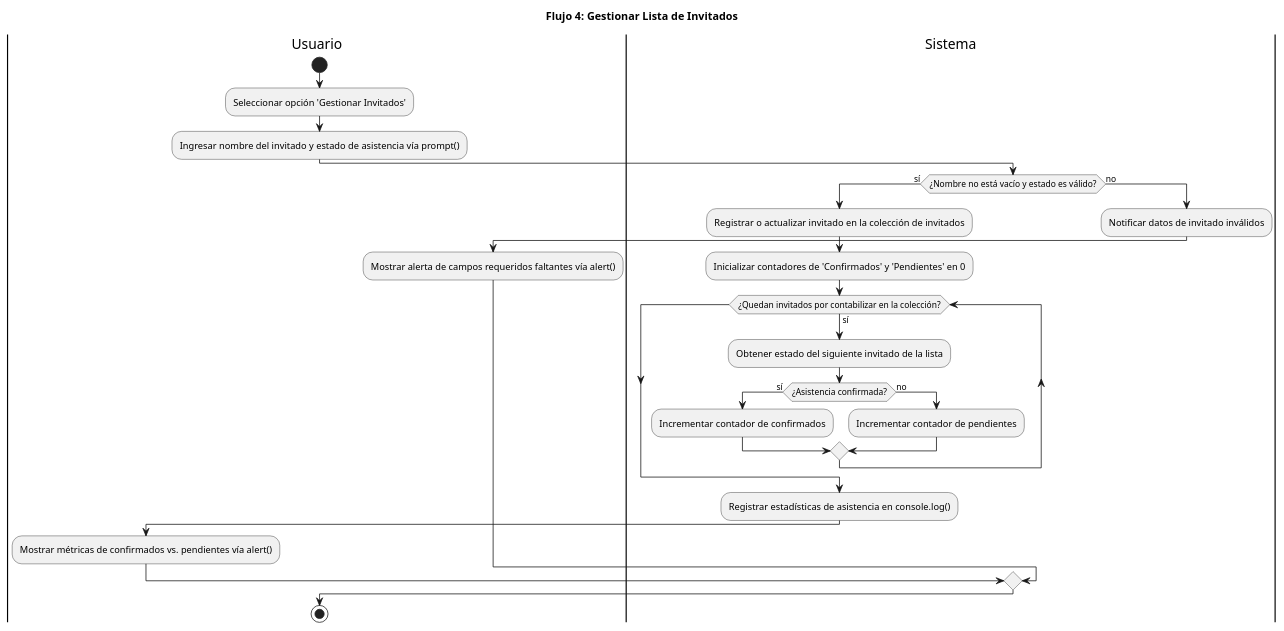
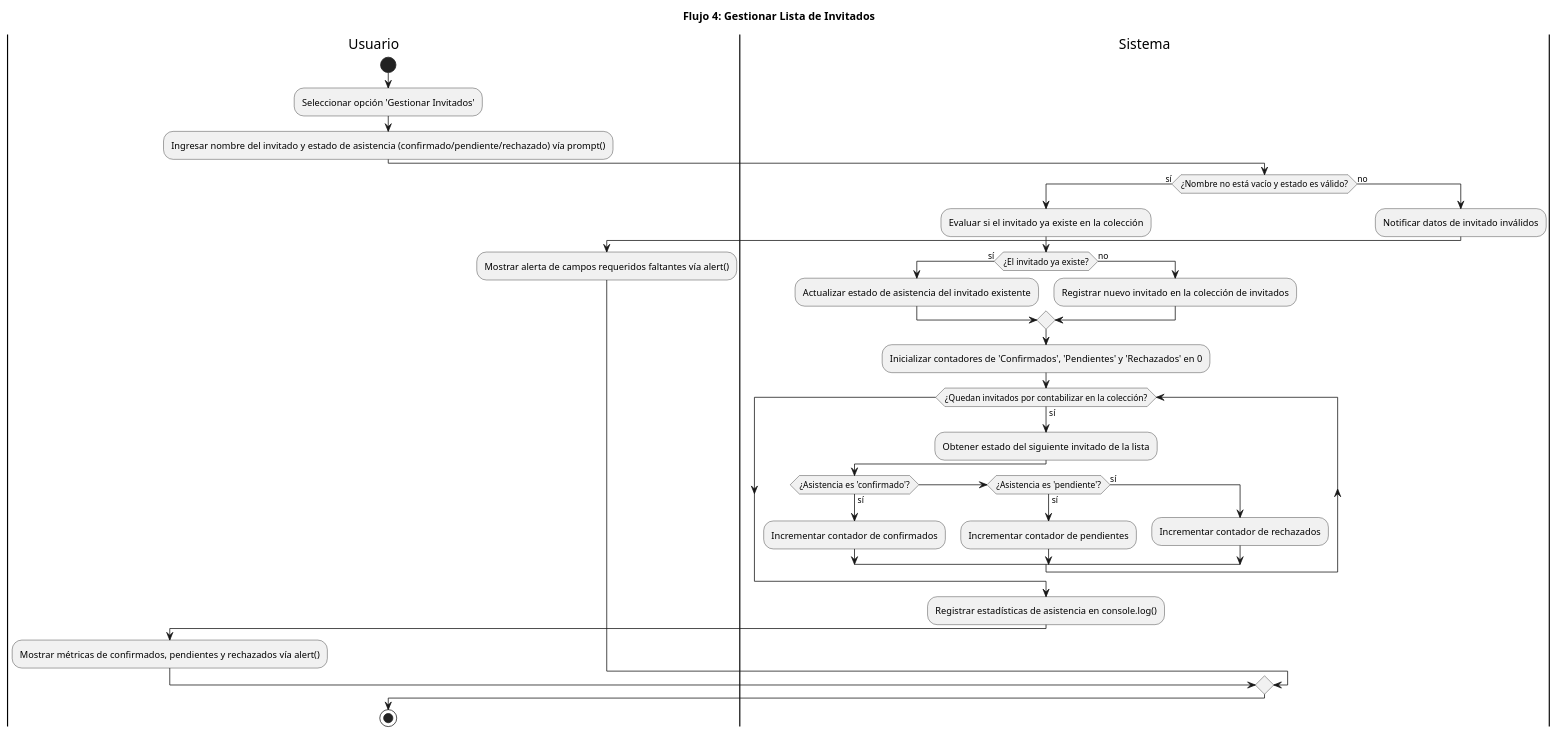
The diagram in docs/05-diagramas/01-diagrama-de-actividades/actividad-flujo-4-gestionar-invitados.puml (carolabenvenuto-uces/planit), drawn with PlantUML before and after one commit.

Commit message:
fix(diagramas): corrige typo endumls a enduml y precisa estados de asistencia en flujo 4

```diff
--- a/docs/05-diagramas/01-diagrama-de-actividades/actividad-flujo-4-gestionar-invitados.puml
+++ b/docs/05-diagramas/01-diagrama-de-actividades/actividad-flujo-4-gestionar-invitados.puml
@@ -1,36 +1,46 @@
 @startuml actividad-flujo-4-gestionar-invitados
 title Flujo 4: Gestionar Lista de Invitados
 
 |Usuario|
 start
 :Seleccionar opción 'Gestionar Invitados';
-:Ingresar nombre del invitado y estado de asistencia vía prompt();
+:Ingresar nombre del invitado y estado de asistencia (confirmado/pendiente/rechazado) vía prompt();
 
 |Sistema|
 if (¿Nombre no está vacío y estado es válido?) then (sí)
-  :Registrar o actualizar invitado en la colección de invitados;
-  :Inicializar contadores de 'Confirmados' y 'Pendientes' en 0;
-
+  :Evaluar si el invitado ya existe en la colección;
+  
+  if (¿El invitado ya existe?) then (sí)
+    :Actualizar estado de asistencia del invitado existente;
+  else (no)
+    :Registrar nuevo invitado en la colección de invitados;
+  endif
+  
+  :Inicializar contadores de 'Confirmados', 'Pendientes' y 'Rechazados' en 0;
+  
   while (¿Quedan invitados por contabilizar en la colección?) is (sí)
     :Obtener estado del siguiente invitado de la lista;
-    if (¿Asistencia confirmada?) then (sí)
+    
+    if (¿Asistencia es 'confirmado'?) then (sí)
       :Incrementar contador de confirmados;
-    else (no)
+    else if (¿Asistencia es 'pendiente'?) then (sí)
       :Incrementar contador de pendientes;
+    else (sí)
+      :Incrementar contador de rechazados;
     endif
   endwhile
-
+  
   :Registrar estadísticas de asistencia en console.log();
-
+  
   |Usuario|
-  :Mostrar métricas de confirmados vs. pendientes vía alert();
+  :Mostrar métricas de confirmados, pendientes y rechazados vía alert();
 else (no)
   |Sistema|
   :Notificar datos de invitado inválidos;
   
   |Usuario|
   :Mostrar alerta de campos requeridos faltantes vía alert();
 endif
 
 stop
-@endumls
+@enduml
```
